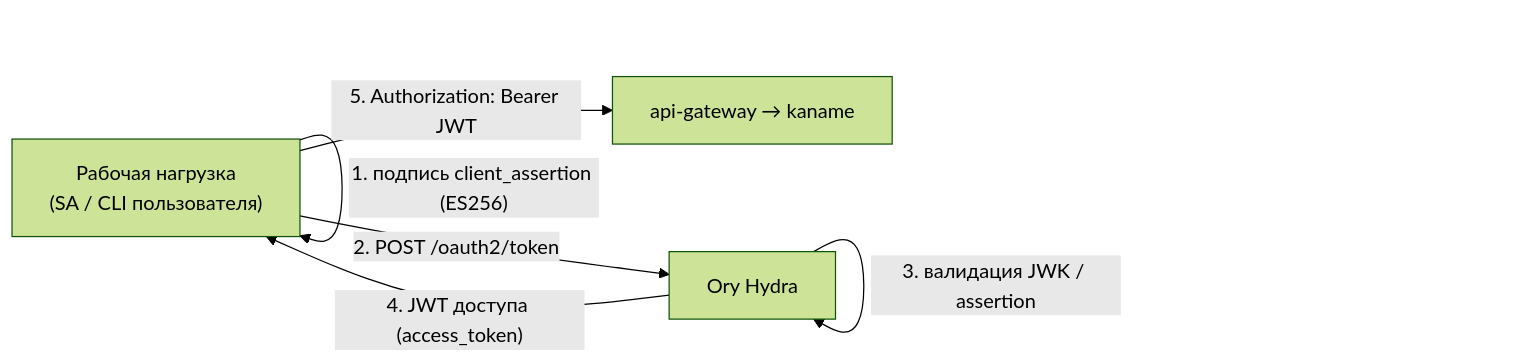
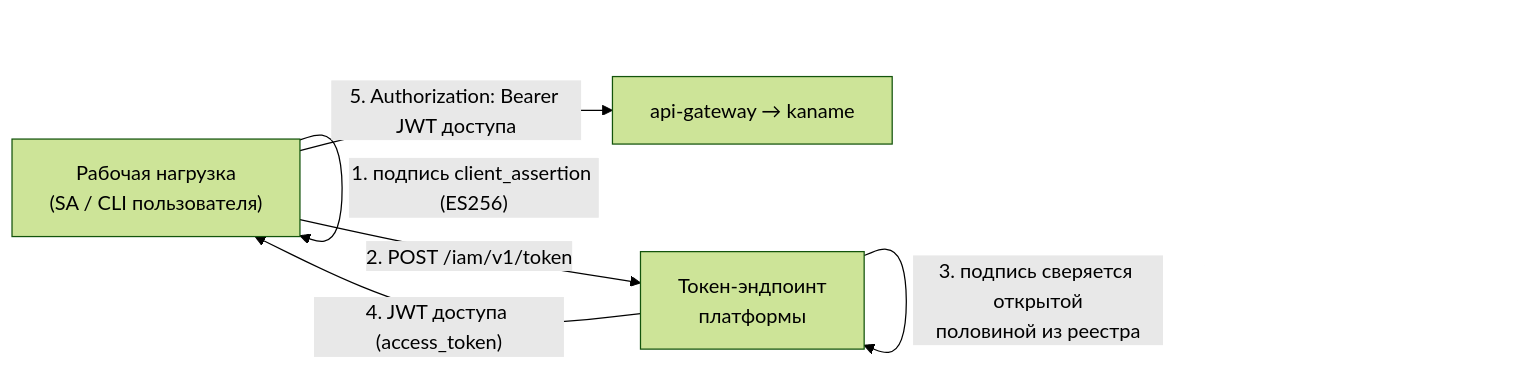
One commit to PRO-Robotech/kacho changed the diagram in services/iam/docs/content/api/tokens.mdx. Above: the diagram before and after it, drawn with Mermaid (forest theme). The commit also changed other lines of this file and 140 other files, not shown here.

First line of the commit message:
release/kaname-5: съём OAuth-сервера, гейты выпуска, остаток имени

````diff
--- a/services/iam/docs/content/api/tokens.mdx
+++ b/services/iam/docs/content/api/tokens.mdx
@@ -461,8 +468,8 @@
 ```mermaid
 flowchart LR
   wl["Рабочая нагрузка<br/>(SA / CLI пользователя)"] -->|"1. подпись client_assertion (ES256)"| wl
-  wl -->|"2. POST /oauth2/token"| hydra["Ory Hydra"]
-  hydra -->|"3. валидация JWK / assertion"| hydra
-  hydra -->|"4. JWT доступа (access_token)"| wl
-  wl -->|"5. Authorization: Bearer JWT"| agw["api-gateway → kaname"]
+  wl -->|"2. POST /iam/v1/token"| iam["Токен-эндпоинт<br/>платформы"]
+  iam -->|"3. подпись сверяется открытой<br/>половиной из реестра"| iam
+  iam -->|"4. JWT доступа (access_token)"| wl
+  wl -->|"5. Authorization: Bearer JWT доступа"| agw["api-gateway → kaname"]
 ```
````
